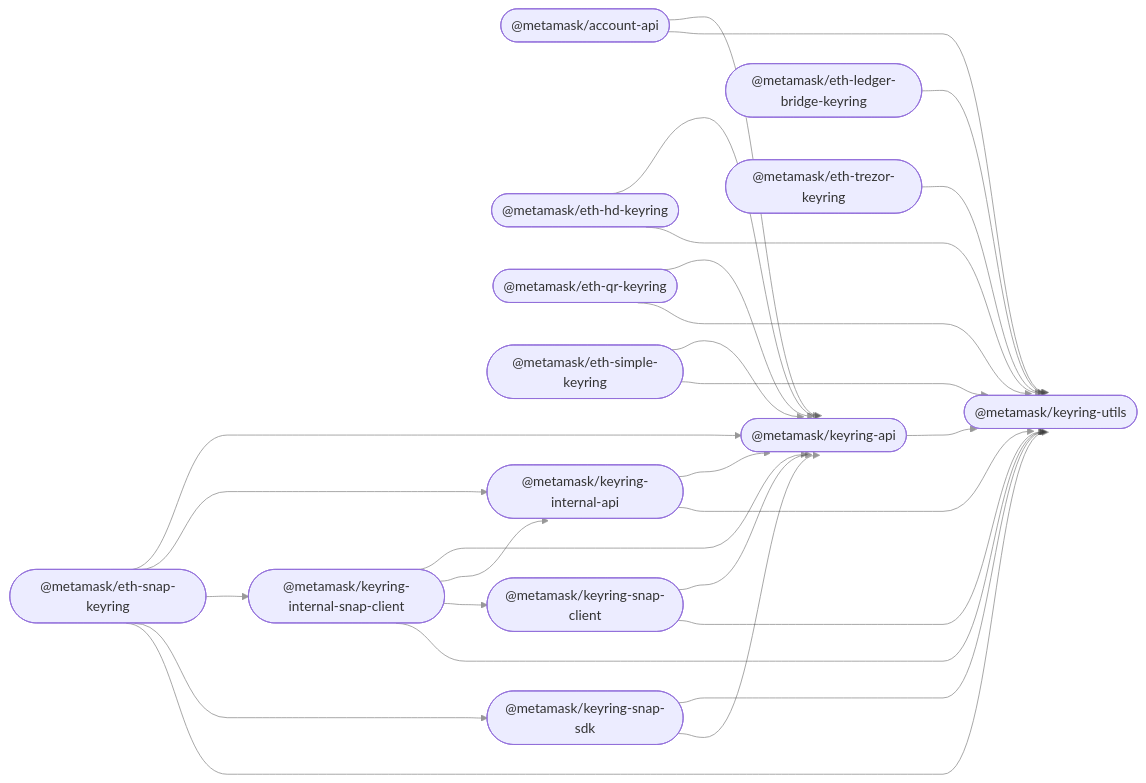
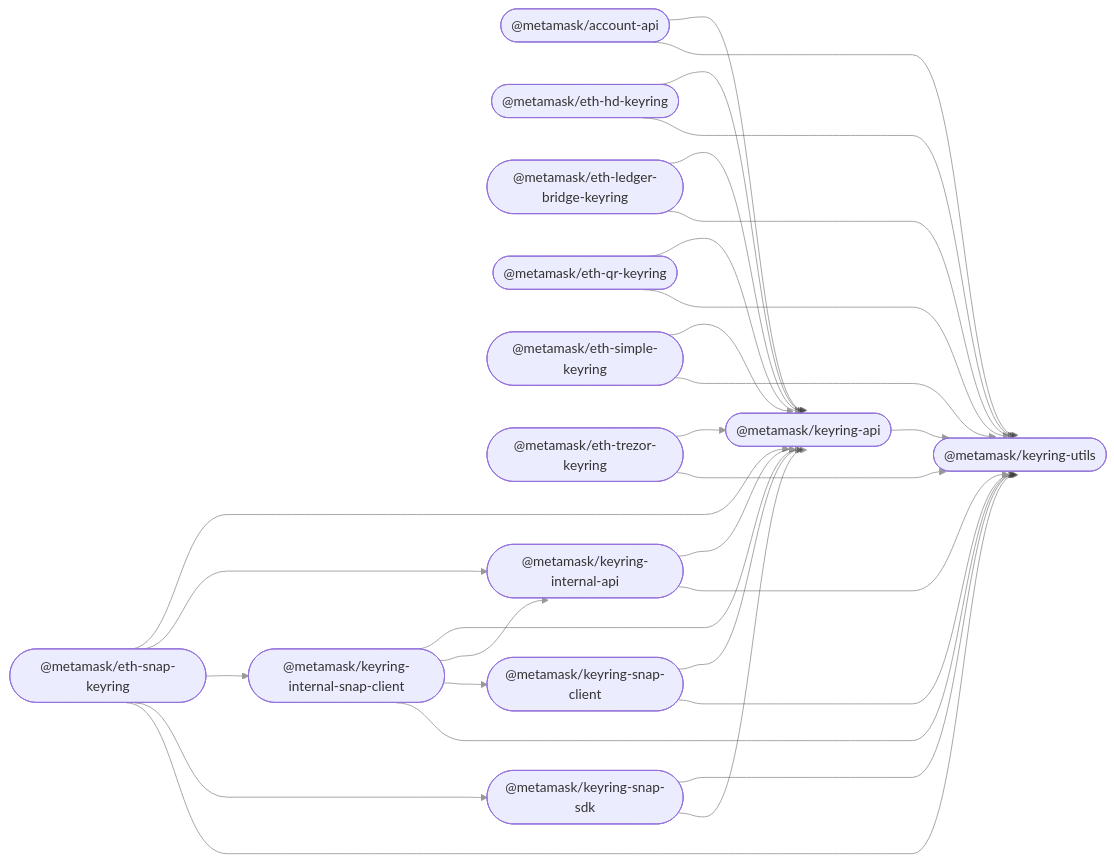
One commit to MetaMask/accounts changed the diagram in README.md. Above: the diagram before and after it, drawn with Mermaid. The commit also changed 19 other files, not shown here.

Commit message:
feat: add ledger & trezor KeyringV2 adapters

````diff
--- a/README.md
+++ b/README.md
@@ -35,44 +35,46 @@
 ```mermaid
 %%{ init: { 'flowchart': { 'curve': 'bumpX' } } }%%
 graph LR;
 linkStyle default opacity:0.5
   account_api(["@metamask/account-api"]);
   keyring_api(["@metamask/keyring-api"]);
   eth_hd_keyring(["@metamask/eth-hd-keyring"]);
   eth_ledger_bridge_keyring(["@metamask/eth-ledger-bridge-keyring"]);
   eth_qr_keyring(["@metamask/eth-qr-keyring"]);
   eth_simple_keyring(["@metamask/eth-simple-keyring"]);
   eth_trezor_keyring(["@metamask/eth-trezor-keyring"]);
   keyring_internal_api(["@metamask/keyring-internal-api"]);
   keyring_internal_snap_client(["@metamask/keyring-internal-snap-client"]);
   eth_snap_keyring(["@metamask/eth-snap-keyring"]);
   keyring_snap_client(["@metamask/keyring-snap-client"]);
   keyring_snap_sdk(["@metamask/keyring-snap-sdk"]);
   keyring_utils(["@metamask/keyring-utils"]);
   account_api --> keyring_api;
   account_api --> keyring_utils;
   keyring_api --> keyring_utils;
   eth_hd_keyring --> keyring_api;
   eth_hd_keyring --> keyring_utils;
+  eth_ledger_bridge_keyring --> keyring_api;
   eth_ledger_bridge_keyring --> keyring_utils;
   eth_qr_keyring --> keyring_api;
   eth_qr_keyring --> keyring_utils;
   eth_simple_keyring --> keyring_api;
   eth_simple_keyring --> keyring_utils;
+  eth_trezor_keyring --> keyring_api;
   eth_trezor_keyring --> keyring_utils;
   keyring_internal_api --> keyring_api;
   keyring_internal_api --> keyring_utils;
   keyring_internal_snap_client --> keyring_api;
   keyring_internal_snap_client --> keyring_internal_api;
   keyring_internal_snap_client --> keyring_snap_client;
   keyring_internal_snap_client --> keyring_utils;
   eth_snap_keyring --> keyring_api;
   eth_snap_keyring --> keyring_internal_api;
   eth_snap_keyring --> keyring_internal_snap_client;
   eth_snap_keyring --> keyring_snap_sdk;
   eth_snap_keyring --> keyring_utils;
   keyring_snap_client --> keyring_api;
   keyring_snap_client --> keyring_utils;
   keyring_snap_sdk --> keyring_utils;
   keyring_snap_sdk --> keyring_api;
 ```
````
